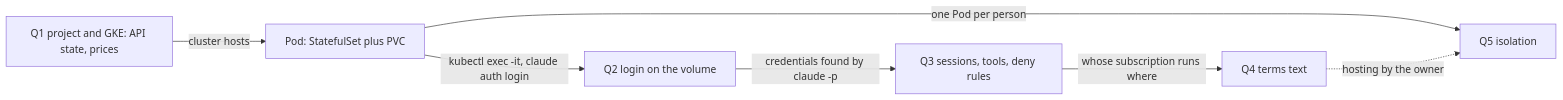
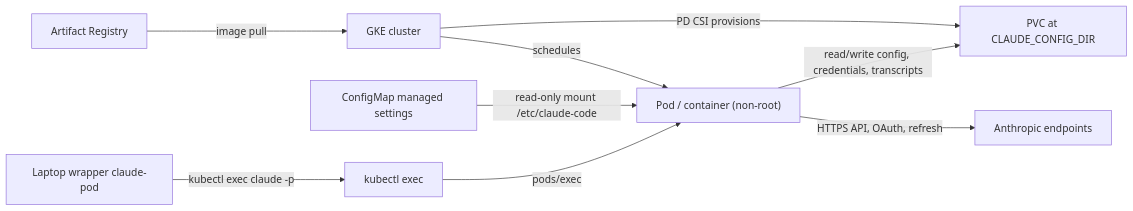
The first of 11 diagrams in gke-claude-agent/research.md (knwoop/kubernetes-playground), drawn with Mermaid before and after one commit. The commit also changed other lines of this file and 1 other file, not shown here.

Commit message:
Redo research for the claude -p via kubectl exec PoC from vendor docs

````diff
--- a/gke-claude-agent/research.md
+++ b/gke-claude-agent/research.md
@@ -15,9 +22,11 @@
 ```mermaid
 flowchart LR
-  A["Q1 project and GKE: API state, prices"] -->|"cluster hosts"| B["Pod: StatefulSet plus PVC"]
-  B -->|"kubectl exec -it, claude auth login"| C["Q2 login on the volume"]
-  C -->|"credentials found by claude -p"| D["Q3 sessions, tools, deny rules"]
-  D -->|"whose subscription runs where"| E["Q4 terms text"]
-  B -->|"one Pod per person"| F["Q5 isolation"]
-  E -.->|"hosting by the owner"| F
+  L["Laptop wrapper claude-pod"] -->|"kubectl exec claude -p"| K["kubectl exec"]
+  K -->|"pods/exec"| P["Pod / container (non-root)"]
+  P -->|"read/write config, credentials, transcripts"| V["PVC at CLAUDE_CONFIG_DIR"]
+  C["ConfigMap managed settings"] -->|"read-only mount /etc/claude-code"| P
+  P -->|"HTTPS API, OAuth, refresh"| A["Anthropic endpoints"]
+  R["Artifact Registry"] -->|"image pull"| G["GKE cluster"]
+  G -->|"schedules"| P
+  G -->|"PD CSI provisions"| V
 ```
````
